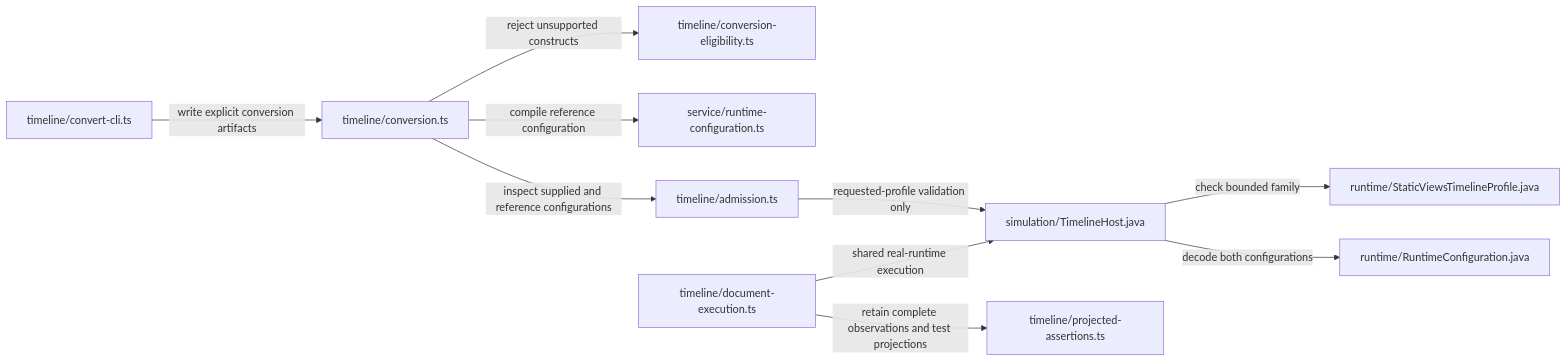
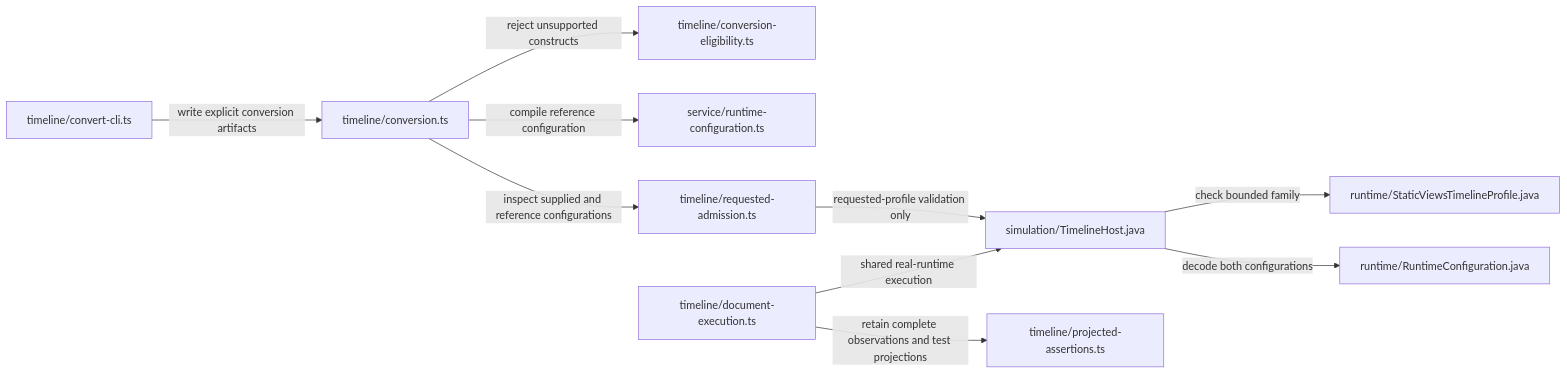
One commit to sproates/zooglass changed the diagram in docs/design/timeline-configuration-expansion.md. Above: the diagram before and after it, drawn with Mermaid. The commit also changed other lines of this file and 21 other files, not shown here.

Commit message:
Add requested admission for bounded static memory views

````diff
--- a/docs/design/timeline-configuration-expansion.md
+++ b/docs/design/timeline-configuration-expansion.md
@@ -283,12 +291,12 @@
 ```mermaid
 flowchart LR
   cli["timeline/convert-cli.ts"] -->|write explicit conversion artifacts| conversion["timeline/conversion.ts"]
   conversion -->|reject unsupported constructs| eligibility["timeline/conversion-eligibility.ts"]
   conversion -->|compile reference configuration| config["service/runtime-configuration.ts"]
-  conversion -->|inspect supplied and reference configurations| admission["timeline/admission.ts"]
+  conversion -->|inspect supplied and reference configurations| admission["timeline/requested-admission.ts"]
   admission -->|requested-profile validation only| host["simulation/TimelineHost.java"]
   host -->|check bounded family| profile["runtime/StaticViewsTimelineProfile.java"]
   host -->|decode both configurations| production["runtime/RuntimeConfiguration.java"]
   execution["timeline/document-execution.ts"] -->|retain complete observations and test projections| assertions["timeline/projected-assertions.ts"]
   execution -->|shared real-runtime execution| host
 ```
````
